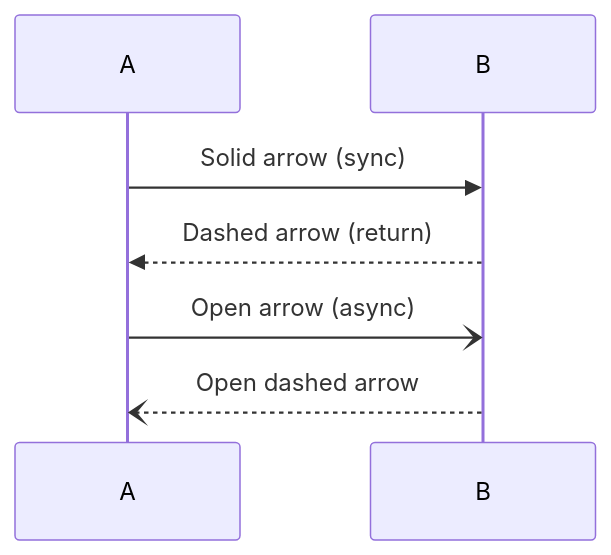
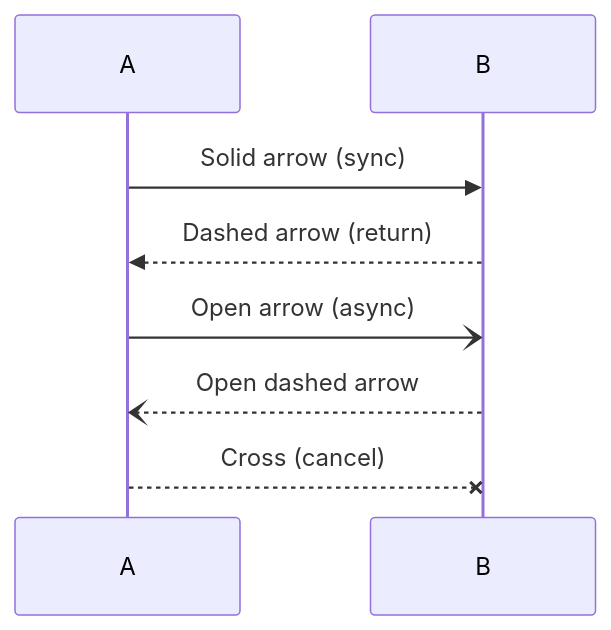
The second of 9 diagrams in .claude/skills/beautiful-mermaid/references/sequence.md (xyl2024/pi-web), drawn with Mermaid before and after one commit. The commit also changed other lines of this file and 2 other files, not shown here.

First line of the commit message:
docs(beautiful-mermaid): enumerate unsupported syntax across all types

````diff
--- a/.claude/skills/beautiful-mermaid/references/sequence.md
+++ b/.claude/skills/beautiful-mermaid/references/sequence.md
@@ -31,7 +33,8 @@
 ```mermaid
 sequenceDiagram
   A->>B: Solid arrow (sync)
   B-->>A: Dashed arrow (return)
   A-)B: Open arrow (async)
   B--)A: Open dashed arrow
+  A--xB: Cross (cancel)
 ```
````
